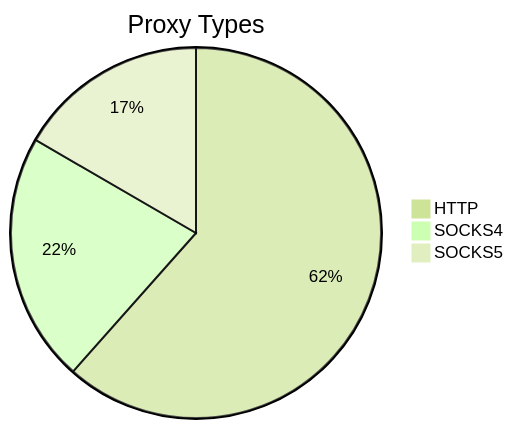
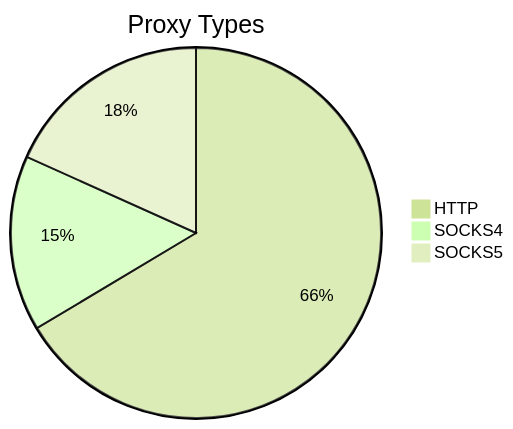
Before and after one commit to stormsia/proxy-list: the first of 2 diagrams in README.md, drawn with Mermaid (forest theme). The commit also changed other lines of this file, not shown here.

````diff
--- a/README.md
+++ b/README.md
@@ -21,6 +21,6 @@
 ```mermaid
 pie title Proxy Types
-    "HTTP" : 333
-    "SOCKS4" : 118
-    "SOCKS5" : 90
+    "HTTP" : 269
+    "SOCKS4" : 62
+    "SOCKS5" : 74
 ```
````
